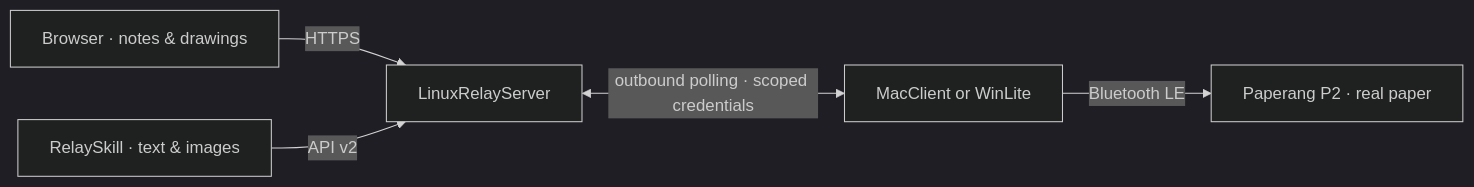
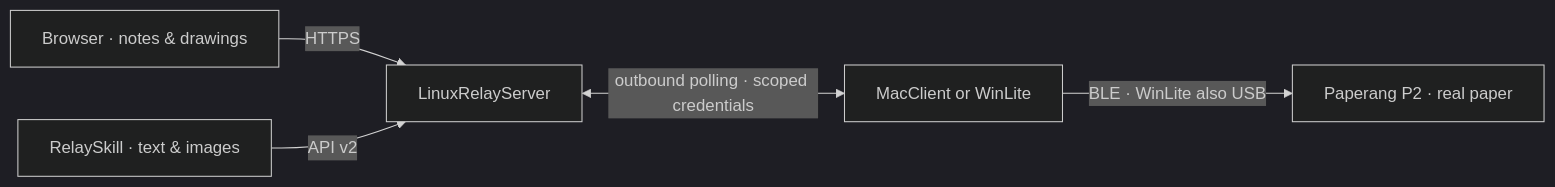
One commit to ELT17604/Paperang-Studio changed the diagram in README.md. Above: the diagram before and after it, drawn with Mermaid (dark theme). The commit also changed other lines of this file and 62 other files, not shown here.

````diff
--- a/README.md
+++ b/README.md
@@ -32,7 +34,7 @@
 ```mermaid
 flowchart LR
     Browser["Browser · notes & drawings"] -->|HTTPS| Relay["LinuxRelayServer"]
     Skill["RelaySkill · text & images"] -->|API v2| Relay
     Relay <-->|"outbound polling · scoped credentials"| Receiver["MacClient or WinLite"]
-    Receiver -->|Bluetooth LE| P2["Paperang P2 · real paper"]
+    Receiver -->|"BLE · WinLite also USB"| P2["Paperang P2 · real paper"]
 ```
````
